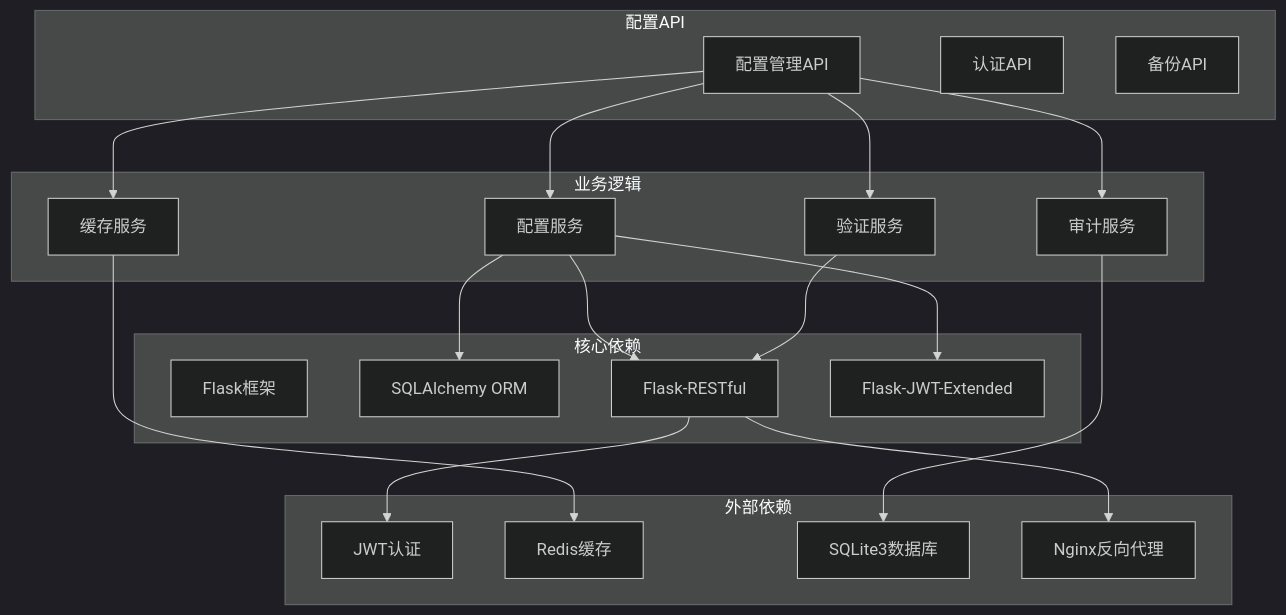
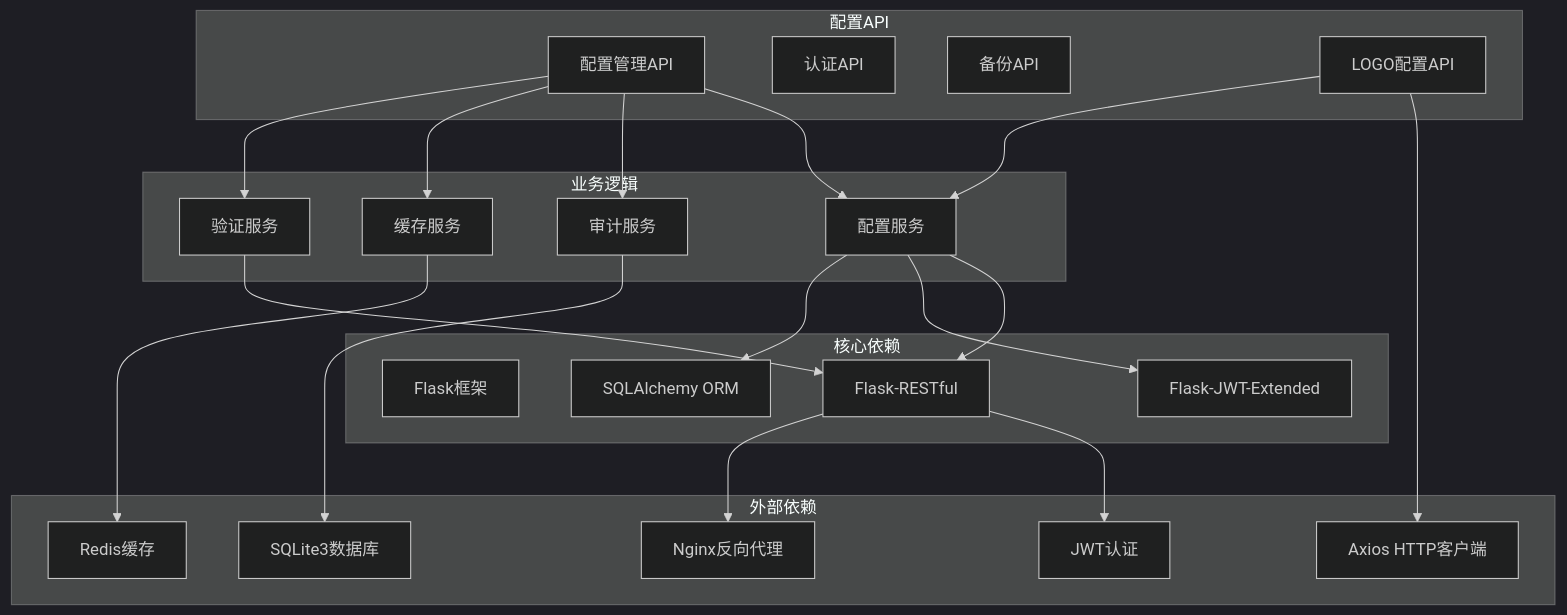
The sixth of 6 diagrams in .qoder/repowiki/zh/content/API接口文档/系统配置API.md (wyg5208/website_diy), drawn with Mermaid (dark theme) before and after one commit. The commit also changed other lines of this file and 7 other files, not shown here.

````diff
--- a/.qoder/repowiki/zh/content/API接口文档/系统配置API.md
+++ b/.qoder/repowiki/zh/content/API接口文档/系统配置API.md
@@ -382,38 +515,42 @@
 ```mermaid
 graph TB
 subgraph "外部依赖"
 JWT[JWT认证]
 Redis[Redis缓存]
 SQLite[SQLite3数据库]
 Nginx[Nginx反向代理]
+Axios[Axios HTTP客户端]
 end
 subgraph "核心依赖"
 Flask[Flask框架]
 SQLAlchemy[SQLAlchemy ORM]
 FlaskRESTful[Flask-RESTful]
 FlaskJWT[Flask-JWT-Extended]
 end
 subgraph "配置API"
 ConfigAPI[配置管理API]
 AuthAPI[认证API]
 BackupAPI[备份API]
+LogoAPI[LOGO配置API]
 end
 subgraph "业务逻辑"
 ConfigService[配置服务]
 AuditService[审计服务]
 CacheService[缓存服务]
 ValidationService[验证服务]
 end
 ConfigAPI --> ConfigService
 ConfigAPI --> AuditService
 ConfigAPI --> CacheService
 ConfigAPI --> ValidationService
+LogoAPI --> Axios
+LogoAPI --> ConfigService
 ConfigService --> FlaskRESTful
 ConfigService --> FlaskJWT
 ConfigService --> SQLAlchemy
 CacheService --> Redis
 AuditService --> SQLite
 ValidationService --> FlaskRESTful
 FlaskRESTful --> JWT
 FlaskRESTful --> Nginx
 ```
````
